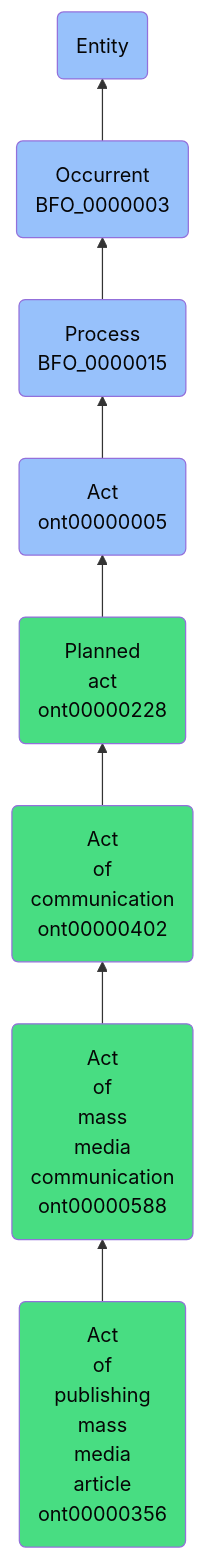
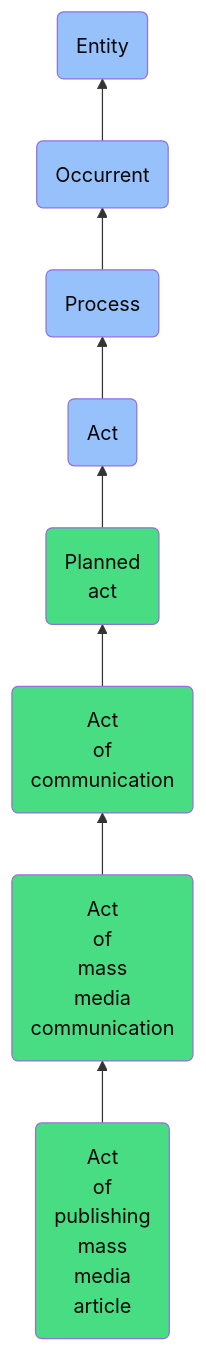
One commit to jupyter-naas/abi changed the diagram in docs/ontology/reference/model/Entity/Occurrent/Process/Act/Planned act/Act of communication/Act of mass media communication/Act of publishing mass media article/Act of publishing mass media article.md. Above: the diagram before and after it, drawn with Mermaid. The commit also changed other lines of this file and 1430 other files, not shown here.

````diff
--- a/docs/ontology/reference/model/Entity/Occurrent/Process/Act/Planned act/Act of communication/Act of mass media communication/Act of publishing mass media article/Act of publishing mass media article.md
+++ b/docs/ontology/reference/model/Entity/Occurrent/Process/Act/Planned act/Act of communication/Act of mass media communication/Act of publishing mass media article/Act of publishing mass media article.md
@@ -24,15 +24,15 @@
 ```mermaid
 graph BT
-    ont00000356(Act<br>of<br>publishing<br>mass<br>media<br>article<br>ont00000356):::ABI-->ont00000588
-    ont00000588(Act<br>of<br>mass<br>media<br>communication<br>ont00000588):::ABI-->ont00000402
-    ont00000402(Act<br>of<br>communication<br>ont00000402):::ABI-->ont00000228
-    ont00000228(Planned<br>act<br>ont00000228):::ABI-->ont00000005
-    ont00000005(Act<br>ont00000005):::BFO-->BFO_0000015
-    BFO_0000015(Process<br>BFO_0000015):::BFO-->BFO_0000003
-    BFO_0000003(Occurrent<br>BFO_0000003):::BFO-->BFO_0000001
+    ont00000356(Act<br>of<br>publishing<br>mass<br>media<br>article):::ABI-->ont00000588
+    ont00000588(Act<br>of<br>mass<br>media<br>communication):::ABI-->ont00000402
+    ont00000402(Act<br>of<br>communication):::ABI-->ont00000228
+    ont00000228(Planned<br>act):::ABI-->ont00000005
+    ont00000005(Act):::BFO-->BFO_0000015
+    BFO_0000015(Process):::BFO-->BFO_0000003
+    BFO_0000003(Occurrent):::BFO-->BFO_0000001
     BFO_0000001(Entity):::BFO
     
     classDef BFO fill:#97c1fb,color:#060606
     classDef CCO fill:#e4c51e,color:#060606
     classDef ABI fill:#48DD82,color:#060606
 ```
````
